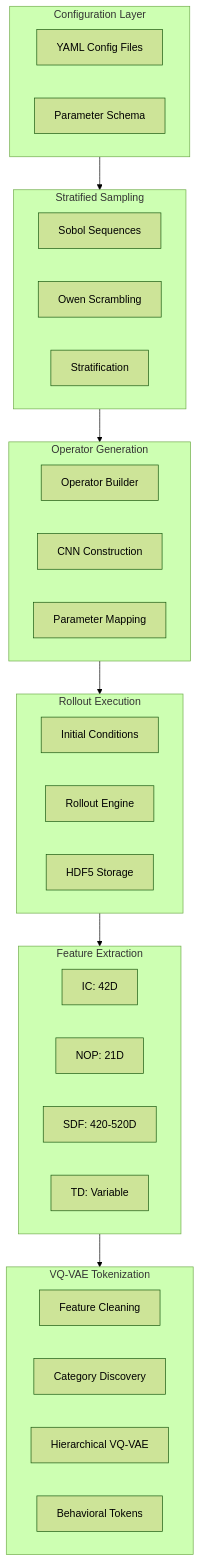
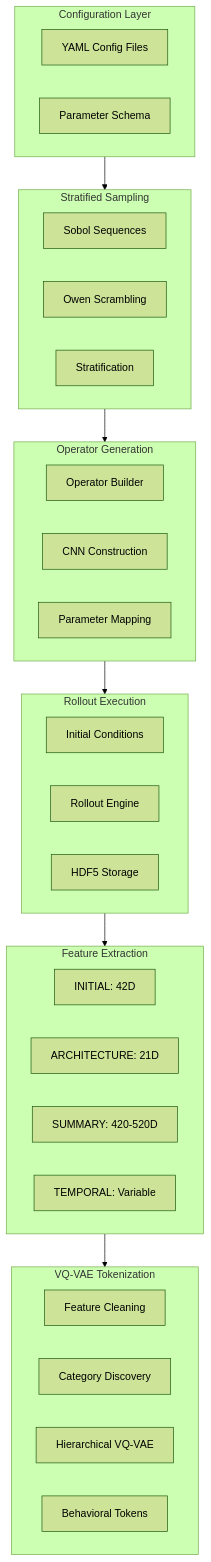
Before and after one commit to dgabriele/spinlock: the first of 2 diagrams in docs/architecture.md, drawn with Mermaid (forest theme). The commit also changed other lines of this file and 125 other files, not shown here.

````diff
--- a/docs/architecture.md
+++ b/docs/architecture.md
@@ -7,45 +7,45 @@
 ```mermaid
 flowchart TB
     subgraph Config["Configuration Layer"]
         YAML[YAML Config Files]
         Schema[Parameter Schema]
     end
 
     subgraph Sampling["Stratified Sampling"]
         Sobol[Sobol Sequences]
         Owen[Owen Scrambling]
         Stratify[Stratification]
     end
 
     subgraph Generation["Operator Generation"]
         Builder[Operator Builder]
         CNN[CNN Construction]
         Params[Parameter Mapping]
     end
 
     subgraph Execution["Rollout Execution"]
-        IC[Initial Conditions]
+        INITIAL[Initial Conditions]
         Engine[Rollout Engine]
         Storage[HDF5 Storage]
     end
 
     subgraph Features["Feature Extraction"]
-        ICExt[IC: 42D]
-        NOPExt[NOP: 21D]
-        SDFExt[SDF: 420-520D]
-        TDExt[TD: Variable]
+        ICExt[INITIAL: 42D]
+        NOPExt[ARCHITECTURE: 21D]
+        SDFExt[SUMMARY: 420-520D]
+        TDExt[TEMPORAL: Variable]
     end
 
     subgraph Encoding["VQ-VAE Tokenization"]
         Clean[Feature Cleaning]
         Cluster[Category Discovery]
         Train[Hierarchical VQ-VAE]
         Tokens[Behavioral Tokens]
     end
 
     Config --> Sampling
     Sampling --> Generation
     Generation --> Execution
     Execution --> Features
     Features --> Encoding
 ```
````
